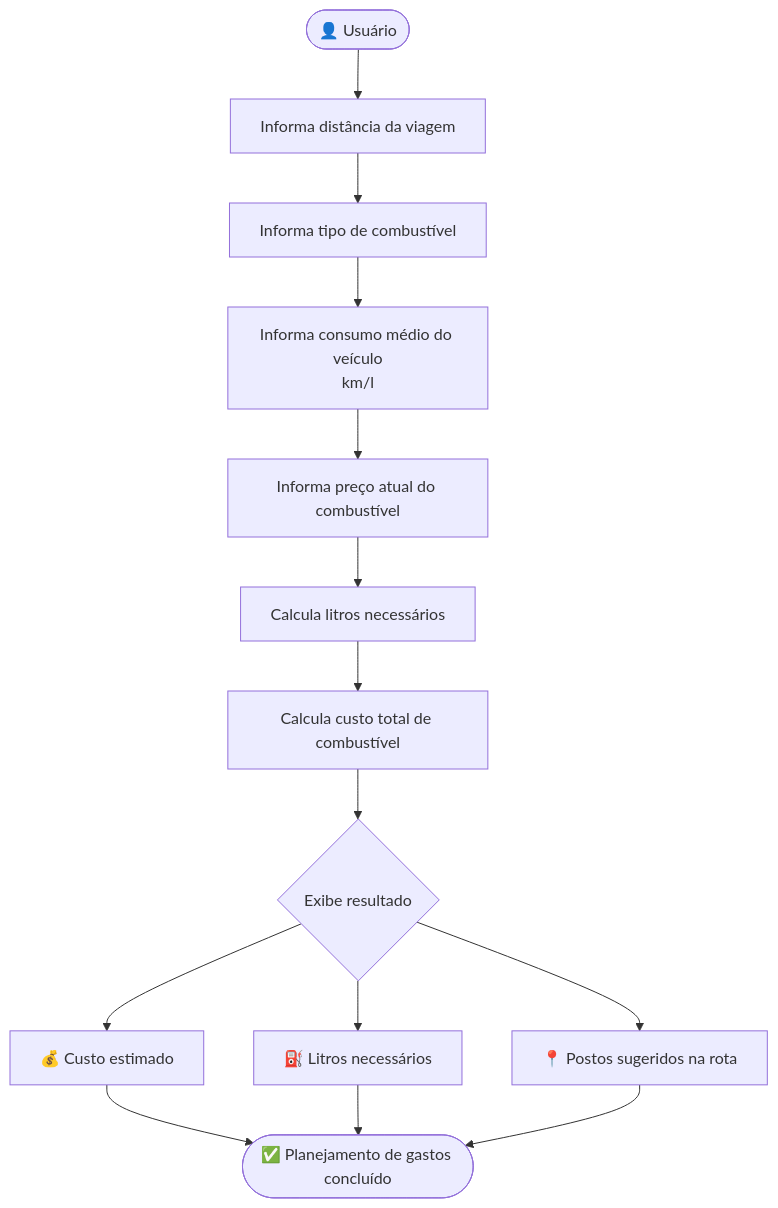
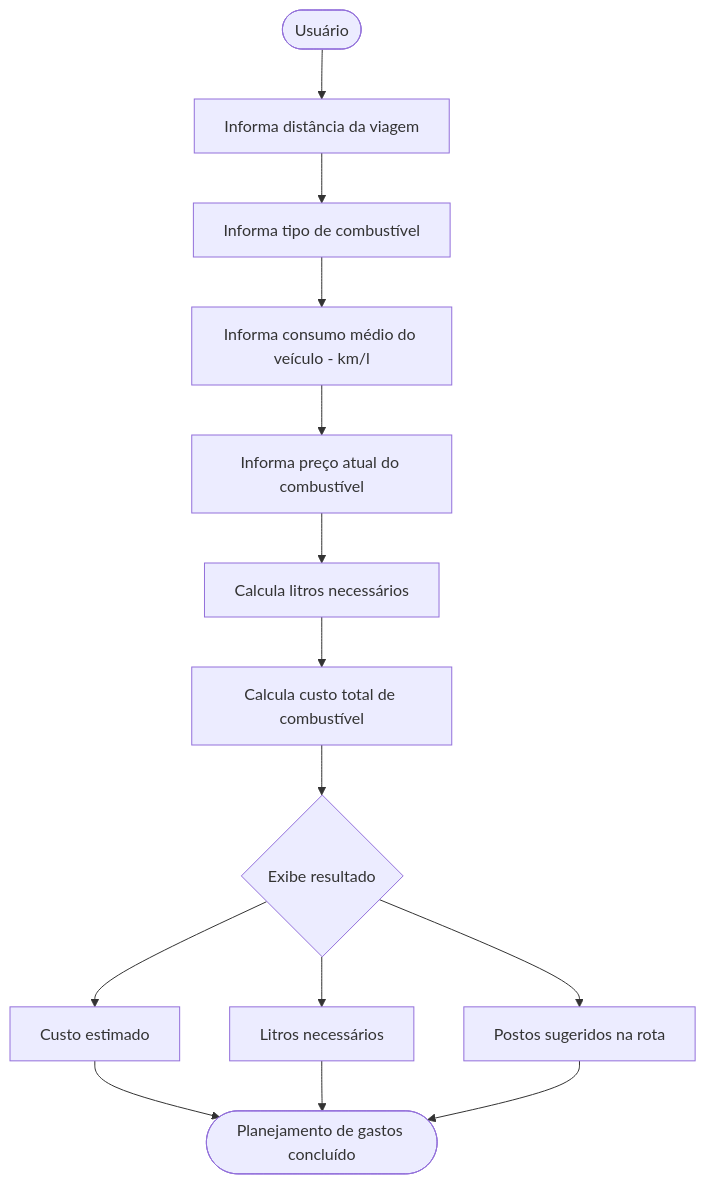
The second of 10 diagrams in README.md (gabriellucasknp/Carbon-Defuse), drawn with Mermaid before and after one commit. The commit also changed other lines of this file, not shown here.

Commit message:
Fix formatting and improve user story diagrams

````diff
--- a/README.md
+++ b/README.md
@@ -252,14 +252,14 @@
 ```mermaid
 flowchart TD
-    A([👤 Usuário]) --> B[Informa distância da viagem]
+    A([Usuário]) --> B[Informa distância da viagem]
     B --> C[Informa tipo de combustível]
-    C --> D[Informa consumo médio do veículo\nkm/l]
+    C --> D[Informa consumo médio do veículo - km/l]
     D --> E[Informa preço atual do combustível]
     E --> F[Calcula litros necessários]
     F --> G[Calcula custo total de combustível]
     G --> H{Exibe resultado}
-    H --> I[💰 Custo estimado]
-    H --> J[⛽ Litros necessários]
-    H --> K[📍 Postos sugeridos na rota]
-    I & J & K --> L([✅ Planejamento de gastos concluído])
+    H --> I[Custo estimado]
+    H --> J[Litros necessários]
+    H --> K[Postos sugeridos na rota]
+    I & J & K --> L([Planejamento de gastos concluído])
 ```
````
